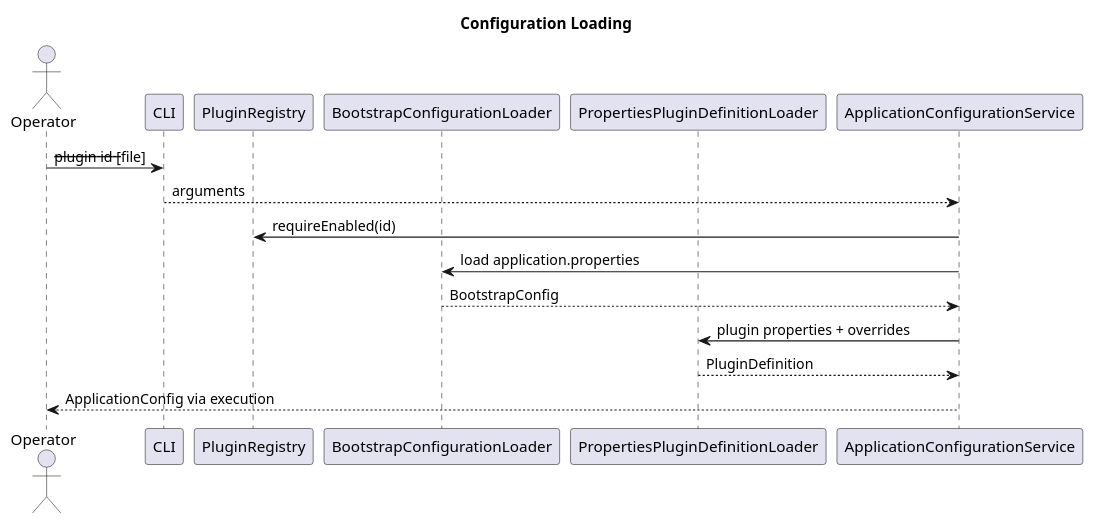
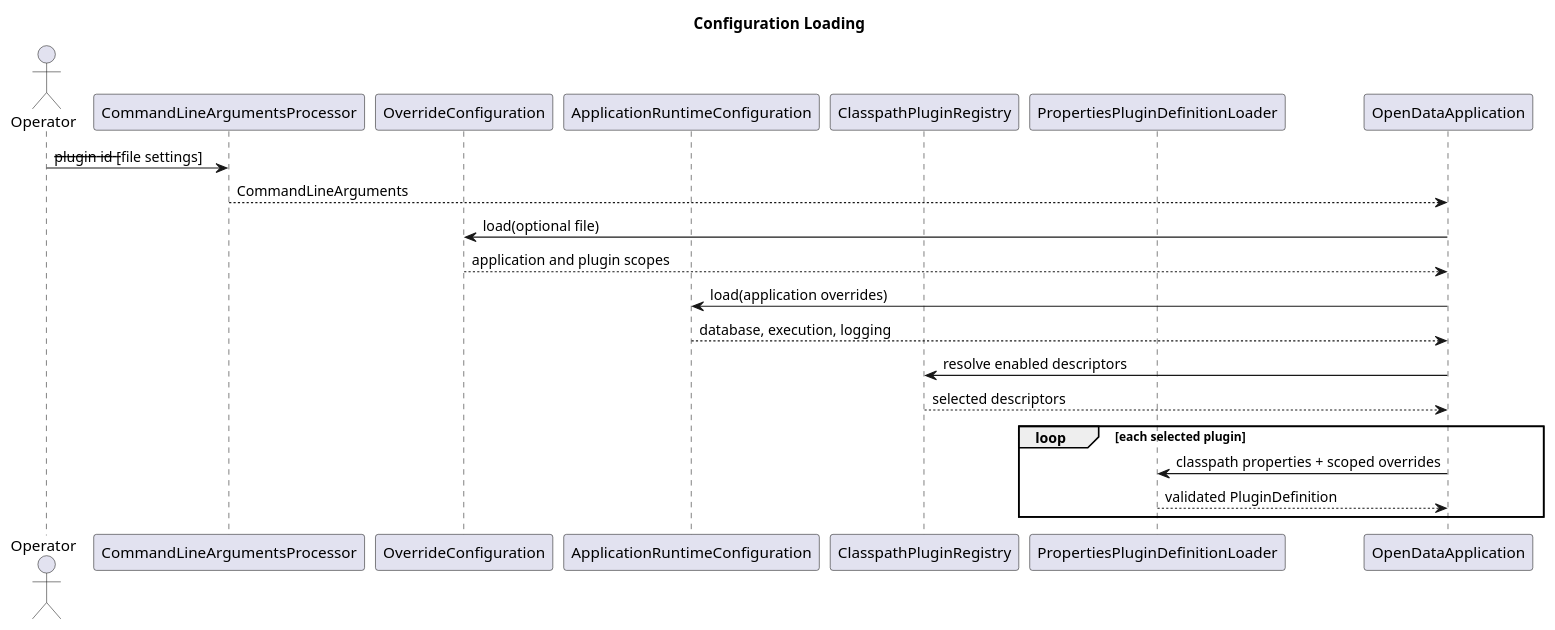
One commit to TerryCurranZellis/OpenData changed the diagram in docs/diagrams/source/configuration-loading-sequence.puml. Above: the diagram before and after it, drawn with PlantUML. The commit also changed 292 other files, not shown here.

```diff
--- a/docs/diagrams/source/configuration-loading-sequence.puml
+++ b/docs/diagrams/source/configuration-loading-sequence.puml
@@ -1,17 +1,23 @@
 @startuml
 title Configuration Loading
 actor Operator
-participant CLI
-participant PluginRegistry as Registry
-participant BootstrapConfigurationLoader as Bootstrap
+participant CommandLineArgumentsProcessor as CLI
+participant OverrideConfiguration as Override
+participant ApplicationRuntimeConfiguration as Runtime
+participant ClasspathPluginRegistry as Registry
 participant PropertiesPluginDefinitionLoader as Loader
-participant ApplicationConfigurationService as Service
-Operator -> CLI : --plugin id [--file]
-CLI --> Service : arguments
-Service -> Registry : requireEnabled(id)
-Service -> Bootstrap : load application.properties
-Bootstrap --> Service : BootstrapConfig
-Service -> Loader : plugin properties + overrides
-Loader --> Service : PluginDefinition
-Service --> Operator : ApplicationConfig via execution
+participant OpenDataApplication as Application
+
+Operator -> CLI : --plugin id [--file settings]
+CLI --> Application : CommandLineArguments
+Application -> Override : load(optional file)
+Override --> Application : application and plugin scopes
+Application -> Runtime : load(application overrides)
+Runtime --> Application : database, execution, logging
+Application -> Registry : resolve enabled descriptors
+Registry --> Application : selected descriptors
+loop each selected plugin
+  Application -> Loader : classpath properties + scoped overrides
+  Loader --> Application : validated PluginDefinition
+end
 @enduml
```
